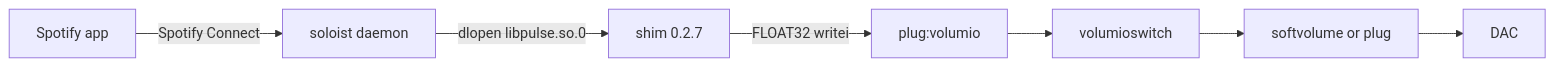
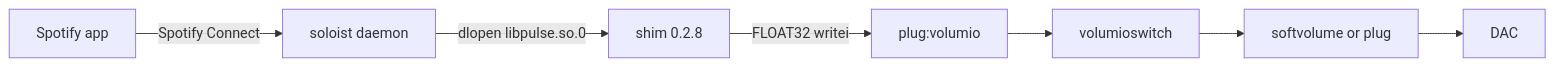
One commit to foonerd/alsa_soloist_connect changed the first of 4 diagrams in README.md. Above: the diagram before and after it, drawn with Mermaid. The commit also changed other lines of this file and 14 other files, not shown here.

````diff
--- a/README.md
+++ b/README.md
@@ -32,9 +32,9 @@
 ```mermaid
 flowchart LR
     SpotifyApp["Spotify app"] -->|"Spotify Connect"| Soloist["soloist daemon"]
-    Soloist -->|"dlopen libpulse.so.0"| Shim["shim 0.2.7"]
+    Soloist -->|"dlopen libpulse.so.0"| Shim["shim 0.2.8"]
     Shim -->|"FLOAT32 writei"| Plug["plug:volumio"]
     Plug --> Switch["volumioswitch"]
     Switch --> Out["softvolume or plug"]
     Out --> Dac["DAC"]
 ```
````
